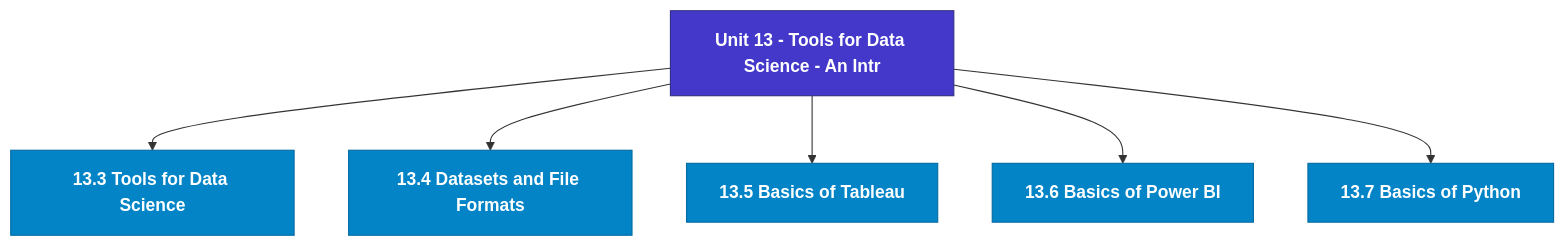
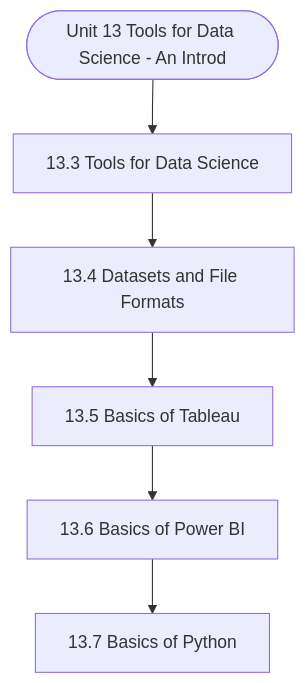
Before and after one commit to Asutosh-Coaching/mscdsa: the diagram in notes/Semester_1/MCS-062_Introduction_to_Data_Science/unit_13_Tools_for_Data_Science_-_An_Introduction.md, drawn with Mermaid. The commit also changed other lines of this file and 115 other files, not shown here.

Commit message:
Fix Mermaid layout for mobile, isolate LaTeX delimiters, and add GitHub Pages reader

````diff
--- a/notes/Semester_1/MCS-062_Introduction_to_Data_Science/unit_13_Tools_for_Data_Science_-_An_Introduction.md
+++ b/notes/Semester_1/MCS-062_Introduction_to_Data_Science/unit_13_Tools_for_Data_Science_-_An_Introduction.md
@@ -19,19 +19,14 @@
 ```mermaid
 flowchart TD
-  %% Styling Definitions
-  classDef head fill:#4338ca,stroke:#312e81,color:#ffffff,font-weight:bold;
-  classDef topic fill:#0284c7,stroke:#0369a1,color:#ffffff,font-weight:600;
-  classDef sub fill:#1e293b,stroke:#475569,color:#f8fafc;
-
-  Root["Unit 13 - Tools for Data Science - An Intr"]:::head
-  M1["13.3 Tools for Data Science"]:::topic
-  Root --> M1
-  M2["13.4 Datasets and File Formats"]:::topic
-  Root --> M2
-  M3["13.5 Basics of Tableau"]:::topic
-  Root --> M3
-  M4["13.6 Basics of Power BI"]:::topic
-  Root --> M4
-  M5["13.7 Basics of Python"]:::topic
-  Root --> M5
+  Start(["Unit 13 Tools for Data Science - An Introd"])
+  N1["13.3 Tools for Data Science"]
+  N2["13.4 Datasets and File Formats"]
+  N3["13.5 Basics of Tableau"]
+  N4["13.6 Basics of Power BI"]
+  N5["13.7 Basics of Python"]
+  Start --> N1
+  N1 --> N2
+  N2 --> N3
+  N3 --> N4
+  N4 --> N5
 ```
````
